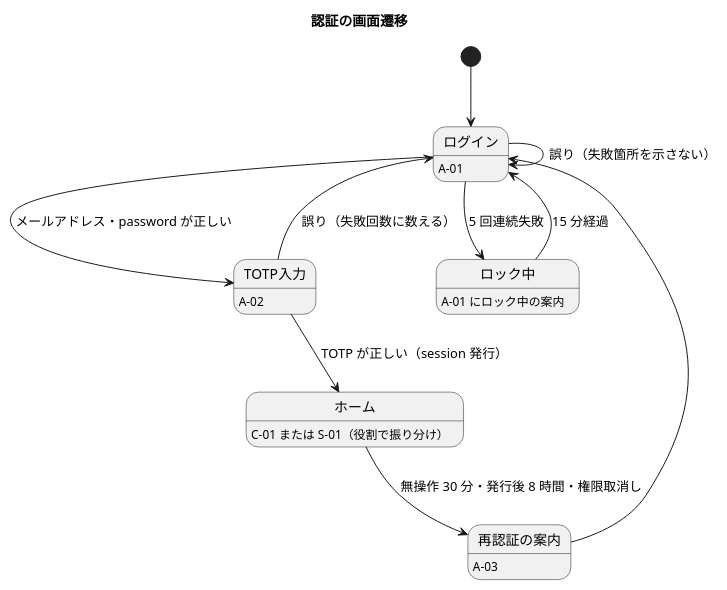
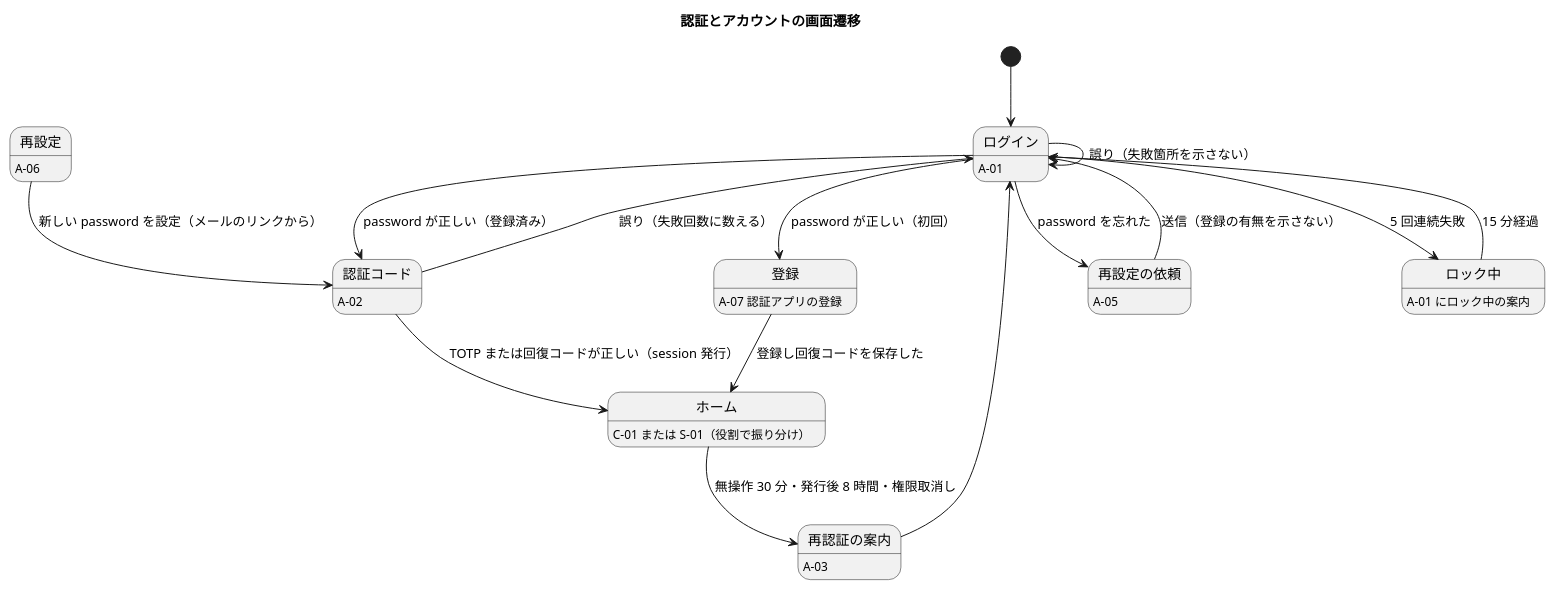
Before and after one commit to k2works/practical-domain-driven-design-in-enterpris-application: the second of 21 diagrams in docs/design/cargo-tracker/ui_design.md, drawn with PlantUML. The commit also changed other lines of this file and 25 other files, not shown here.

````diff
--- a/docs/design/cargo-tracker/ui_design.md
+++ b/docs/design/cargo-tracker/ui_design.md
@@ -140,19 +181,27 @@
 ```plantuml
 @startuml
-title 認証の画面遷移
+title 認証とアカウントの画面遷移
 [*] --> ログイン
 ログイン : A-01
-TOTP入力 : A-02
+認証コード : A-02
+登録 : A-07 認証アプリの登録
+再設定の依頼 : A-05
+再設定 : A-06
 ロック中 : A-01 にロック中の案内
-ログイン --> TOTP入力 : メールアドレス・password が正しい
+ログイン --> 認証コード : password が正しい（登録済み）
+ログイン --> 登録 : password が正しい（初回）
+登録 --> ホーム : 登録し回復コードを保存した
 ログイン --> ログイン : 誤り（失敗箇所を示さない）
 ログイン --> ロック中 : 5 回連続失敗
-TOTP入力 --> ホーム : TOTP が正しい（session 発行）
-TOTP入力 --> ログイン : 誤り（失敗回数に数える）
+ログイン --> 再設定の依頼 : password を忘れた
+再設定の依頼 --> ログイン : 送信（登録の有無を示さない）
+再設定 --> 認証コード : 新しい password を設定（メールのリンクから）
+認証コード --> ホーム : TOTP または回復コードが正しい（session 発行）
+認証コード --> ログイン : 誤り（失敗回数に数える）
 ロック中 --> ログイン : 15 分経過
 ホーム --> 再認証の案内 : 無操作 30 分・発行後 8 時間・権限取消し
 再認証の案内 : A-03
 再認証の案内 --> ログイン
 ホーム : C-01 または S-01（役割で振り分け）
 @enduml
 ```
````
